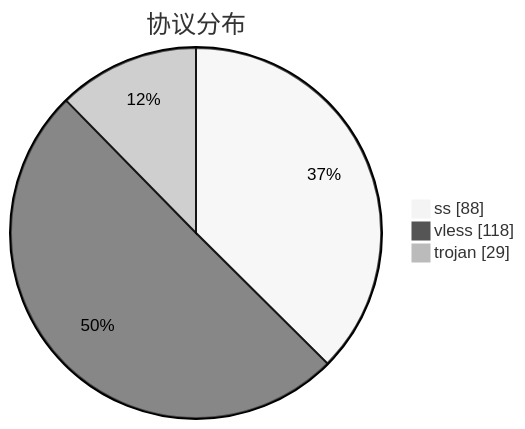
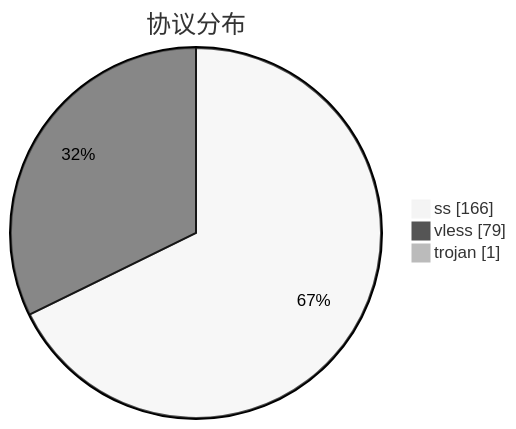
The third of 3 diagrams in subs/statistics/tested_within.md (qjlxg/airport), drawn with Mermaid (neutral theme) before and after one commit. The commit also changed other lines of this file and 2 other files, not shown here.

````diff
--- a/subs/statistics/tested_within.md
+++ b/subs/statistics/tested_within.md
@@ -18,7 +17,7 @@
 ```mermaid
 pie showData
 title 协议分布
-"ss" : 88
-"vless" : 118
-"trojan" : 29
+"ss" : 166
+"vless" : 79
+"trojan" : 1
 ```
````
